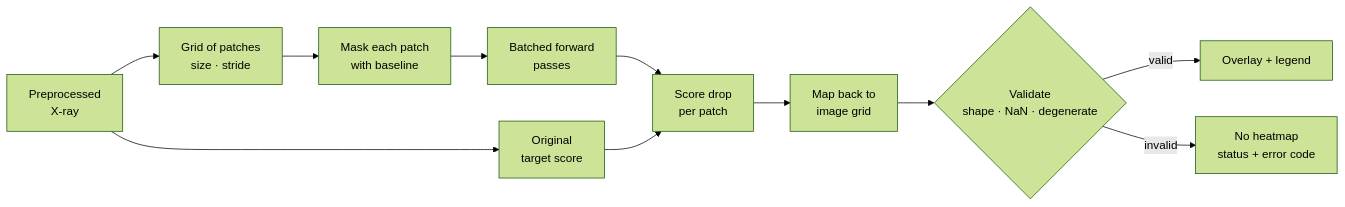
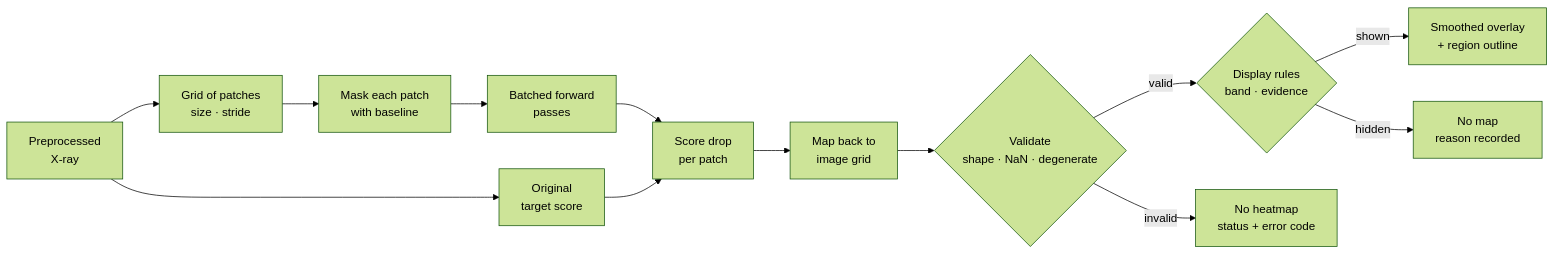
The third of 5 diagrams in README.md (Fy1zN/pneumyst-ai), drawn with Mermaid (forest theme) before and after one commit. The commit also changed other lines of this file and 1 other file, not shown here.

First line of the commit message:
Document Occlusion Sensitivity results and display rules

````diff
--- a/README.md
+++ b/README.md
@@ -229,13 +229,15 @@
 ```mermaid
 flowchart LR
     A["Preprocessed<br/>X-ray"] --> B["Original<br/>target score"]
     A --> C["Grid of patches<br/>size · stride"]
     C --> D["Mask each patch<br/>with baseline"]
     D --> E["Batched forward<br/>passes"]
     E --> F["Score drop<br/>per patch"]
     B --> F
     F --> G["Map back to<br/>image grid"]
     G --> H{"Validate<br/>shape · NaN · degenerate"}
-    H -- valid --> I["Overlay + legend"]
+    H -- valid --> K{"Display rules<br/>band · evidence"}
     H -- invalid --> J["No heatmap<br/>status + error code"]
+    K -- shown --> I["Smoothed overlay<br/>+ region outline"]
+    K -- hidden --> L["No map<br/>reason recorded"]
 ```
````
